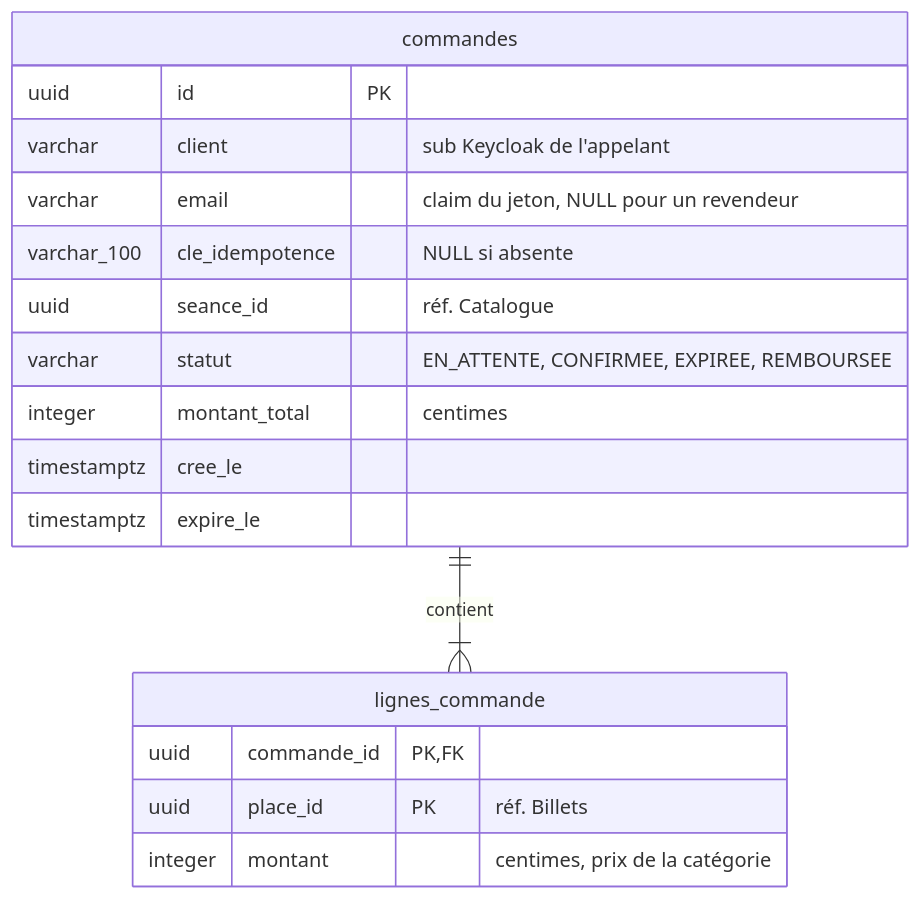
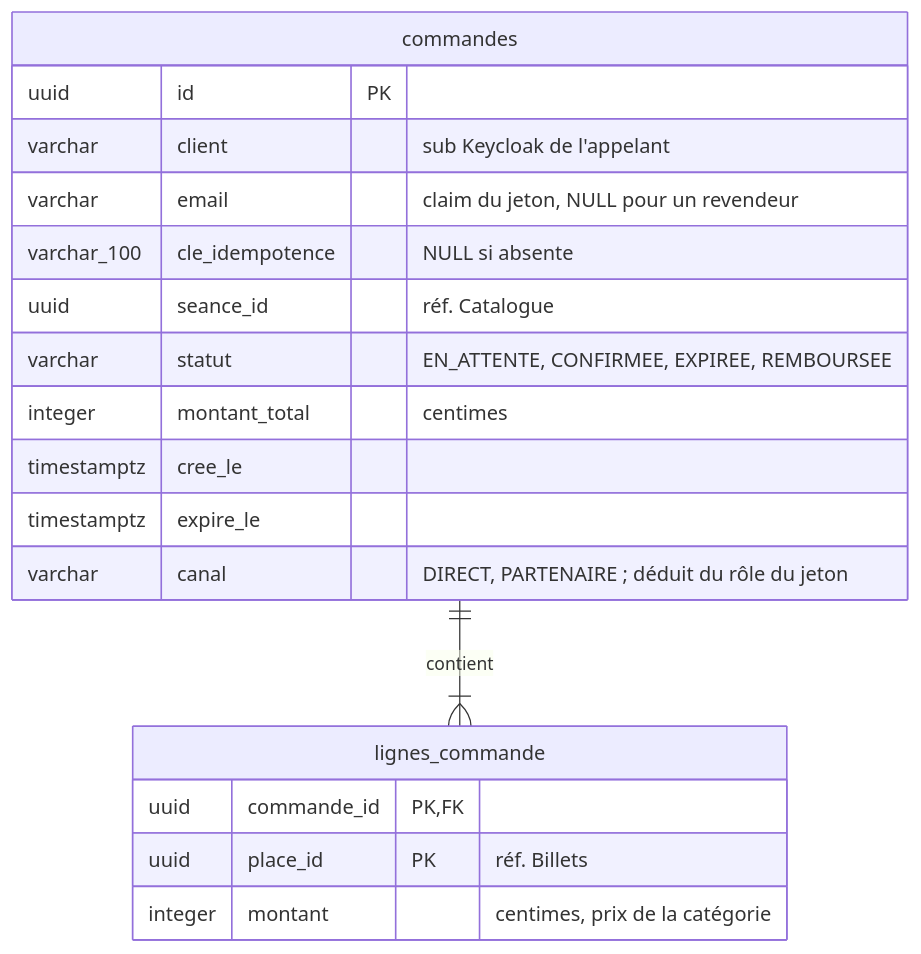
One commit to AGNE-Moussa/billetterie changed the third of 5 diagrams in docs/modele-donnees.md. Above: the diagram before and after it, drawn with Mermaid. The commit also changed other lines of this file and 40 other files, not shown here.

````diff
--- a/docs/modele-donnees.md
+++ b/docs/modele-donnees.md
@@ -141,21 +141,22 @@
 ```mermaid
 erDiagram
   commandes ||--|{ lignes_commande : "contient"
 
   commandes {
     uuid id PK
     varchar client "sub Keycloak de l'appelant"
     varchar email "claim du jeton, NULL pour un revendeur"
     varchar_100 cle_idempotence "NULL si absente"
     uuid seance_id "réf. Catalogue"
     varchar statut "EN_ATTENTE, CONFIRMEE, EXPIREE, REMBOURSEE"
     integer montant_total "centimes"
     timestamptz cree_le
     timestamptz expire_le
+    varchar canal "DIRECT, PARTENAIRE ; déduit du rôle du jeton"
   }
   lignes_commande {
     uuid commande_id PK, FK
     uuid place_id PK "réf. Billets"
     integer montant "centimes, prix de la catégorie"
   }
 ```
````
